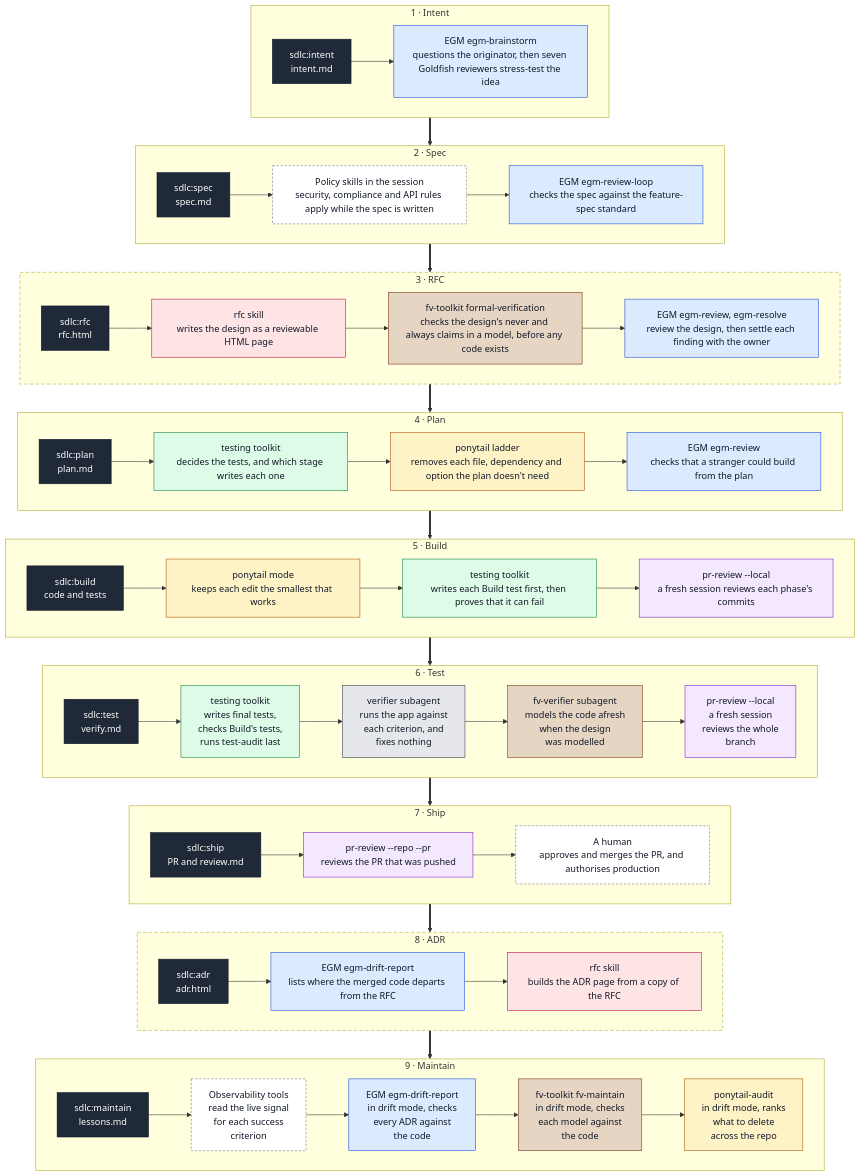
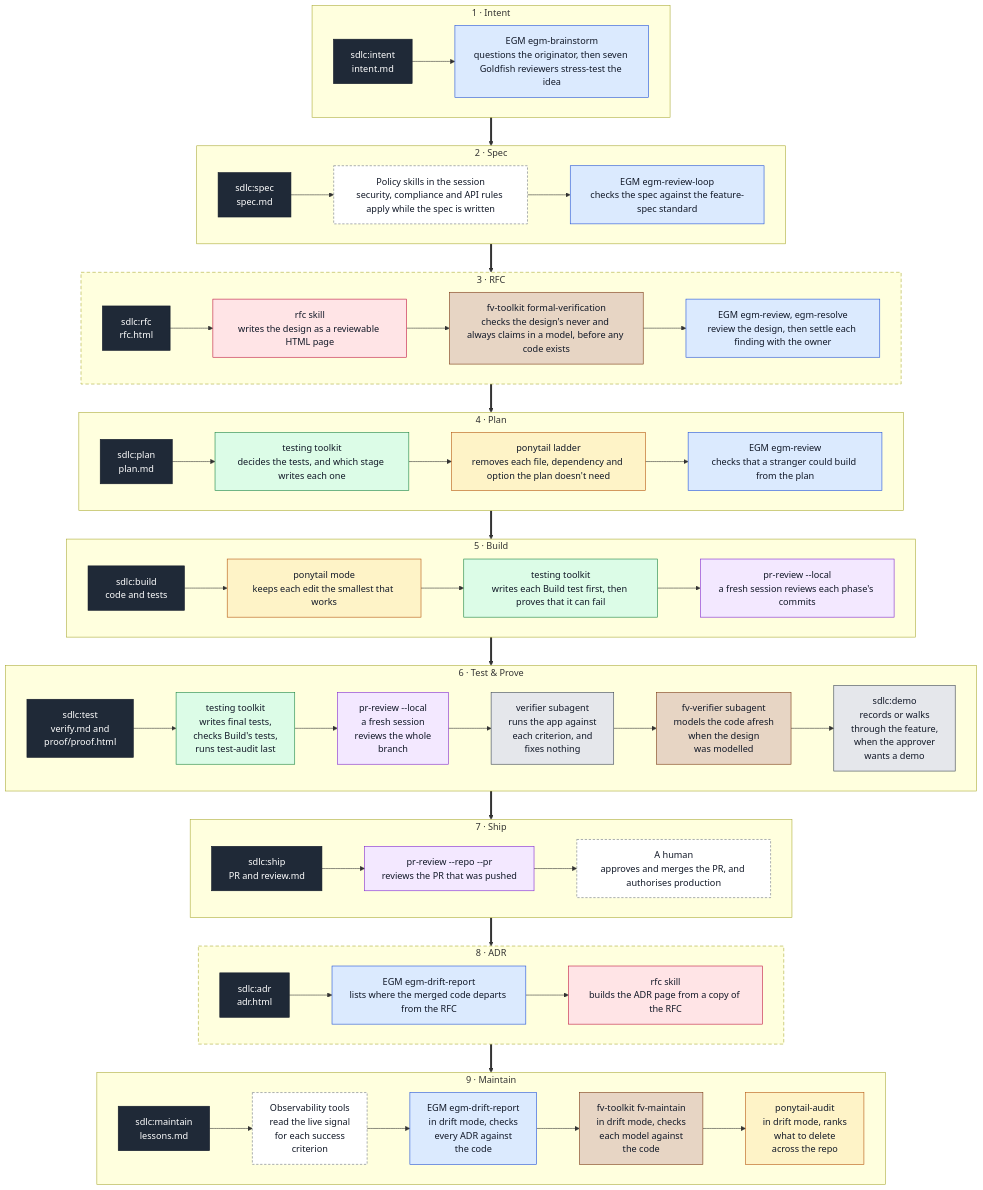
One commit to aasimsani/sdlc-toolkit changed the first of 8 diagrams in README.md. Above: the diagram before and after it, drawn with Mermaid. The commit also changed other lines of this file and 12 other files, not shown here.

First line of the commit message:
feat(core): split Test into a Test & Prove stage, with a demo skill

````diff
--- a/README.md
+++ b/README.md
@@ -71,53 +72,53 @@
 ```mermaid
 %%{init: {"flowchart": {"wrappingWidth": 280}}}%%
 flowchart TB
     classDef stage fill:#1f2937,stroke:#111827,color:#ffffff
     classDef egm fill:#dbeafe,stroke:#1d4ed8,color:#111827
     classDef rfc fill:#ffe4e6,stroke:#be123c,color:#111827
     classDef tt fill:#dcfce7,stroke:#15803d,color:#111827
     classDef pony fill:#fef3c7,stroke:#b45309,color:#111827
     classDef prr fill:#f3e8ff,stroke:#7e22ce,color:#111827
     classDef fv fill:#e7d5c4,stroke:#78350f,color:#111827
     classDef own fill:#e5e7eb,stroke:#374151,color:#111827
     classDef other fill:#ffffff,stroke:#6b7280,color:#111827,stroke-dasharray: 4 3
 
     subgraph S1["1 · Intent"]
         direction LR
         a0["sdlc:intent<br/>intent.md"]:::stage --> a1["EGM egm-brainstorm<br/>questions the originator, then seven Goldfish reviewers stress-test the idea"]:::egm
     end
     subgraph S2["2 · Spec"]
         direction LR
         b0["sdlc:spec<br/>spec.md"]:::stage --> b1["Policy skills in the session<br/>security, compliance and API rules apply while the spec is written"]:::other --> b2["EGM egm-review-loop<br/>checks the spec against the feature-spec standard"]:::egm
     end
     subgraph S3["3 · RFC"]
         direction LR
         c0["sdlc:rfc<br/>rfc.html"]:::stage --> c1["rfc skill<br/>writes the design as a reviewable HTML page"]:::rfc --> c3["fv-toolkit formal-verification<br/>checks the design's never and always claims in a model, before any code exists"]:::fv --> c2["EGM egm-review, egm-resolve<br/>review the design, then settle each finding with the owner"]:::egm
     end
     subgraph S4["4 · Plan"]
         direction LR
         d0["sdlc:plan<br/>plan.md"]:::stage --> d1["testing toolkit<br/>decides the tests, and which stage writes each one"]:::tt --> d2["ponytail ladder<br/>removes each file, dependency and option the plan doesn't need"]:::pony --> d3["EGM egm-review<br/>checks that a stranger could build from the plan"]:::egm
     end
     subgraph S5["5 · Build"]
         direction LR
         e0["sdlc:build<br/>code and tests"]:::stage --> e1["ponytail mode<br/>keeps each edit the smallest that works"]:::pony --> e2["testing toolkit<br/>writes each Build test first, then proves that it can fail"]:::tt --> e3["pr-review --local<br/>a fresh session reviews each phase's commits"]:::prr
     end
-    subgraph S6["6 · Test"]
+    subgraph S6["6 · Test & Prove"]
         direction LR
-        f0["sdlc:test<br/>verify.md"]:::stage --> f1["testing toolkit<br/>writes final tests,<br/>checks Build's tests,<br/>runs test-audit last"]:::tt --> f2["verifier subagent<br/>runs the app against<br/>each criterion, and<br/>fixes nothing"]:::own --> f4["fv-verifier subagent<br/>models the code afresh<br/>when the design<br/>was modelled"]:::fv --> f3["pr-review --local<br/>a fresh session<br/>reviews the whole<br/>branch"]:::prr
+        f0["sdlc:test<br/>verify.md and<br/>proof/proof.html"]:::stage --> f1["testing toolkit<br/>writes final tests,<br/>checks Build's tests,<br/>runs test-audit last"]:::tt --> f3["pr-review --local<br/>a fresh session<br/>reviews the whole<br/>branch"]:::prr --> f2["verifier subagent<br/>runs the app against<br/>each criterion, and<br/>fixes nothing"]:::own --> f4["fv-verifier subagent<br/>models the code afresh<br/>when the design<br/>was modelled"]:::fv --> f5["sdlc:demo<br/>records or walks<br/>through the feature,<br/>when the approver<br/>wants a demo"]:::own
     end
     subgraph S7["7 · Ship"]
         direction LR
         g0["sdlc:ship<br/>PR and review.md"]:::stage --> g1["pr-review --repo --pr<br/>reviews the PR that was pushed"]:::prr --> g2["A human<br/>approves and merges the PR, and authorises production"]:::other
     end
     subgraph S8["8 · ADR"]
         direction LR
         h0["sdlc:adr<br/>adr.html"]:::stage --> h1["EGM egm-drift-report<br/>lists where the merged code departs from the RFC"]:::egm --> h2["rfc skill<br/>builds the ADR page from a copy of the RFC"]:::rfc
     end
     subgraph S9["9 · Maintain"]
         direction LR
         j0["sdlc:maintain<br/>lessons.md"]:::stage --> j1["Observability tools<br/>read the live signal<br/>for each success<br/>criterion"]:::other --> j2["EGM egm-drift-report<br/>in drift mode, checks<br/>every ADR against<br/>the code"]:::egm --> j4["fv-toolkit fv-maintain<br/>in drift mode, checks<br/>each model against<br/>the code"]:::fv --> j3["ponytail-audit<br/>in drift mode, ranks<br/>what to delete<br/>across the repo"]:::pony
     end
     S1 ==> S2 ==> S3 ==> S4 ==> S5 ==> S6 ==> S7 ==> S8 ==> S9
     style S3 stroke-dasharray: 6 4
     style S8 stroke-dasharray: 6 4
 ```
````
